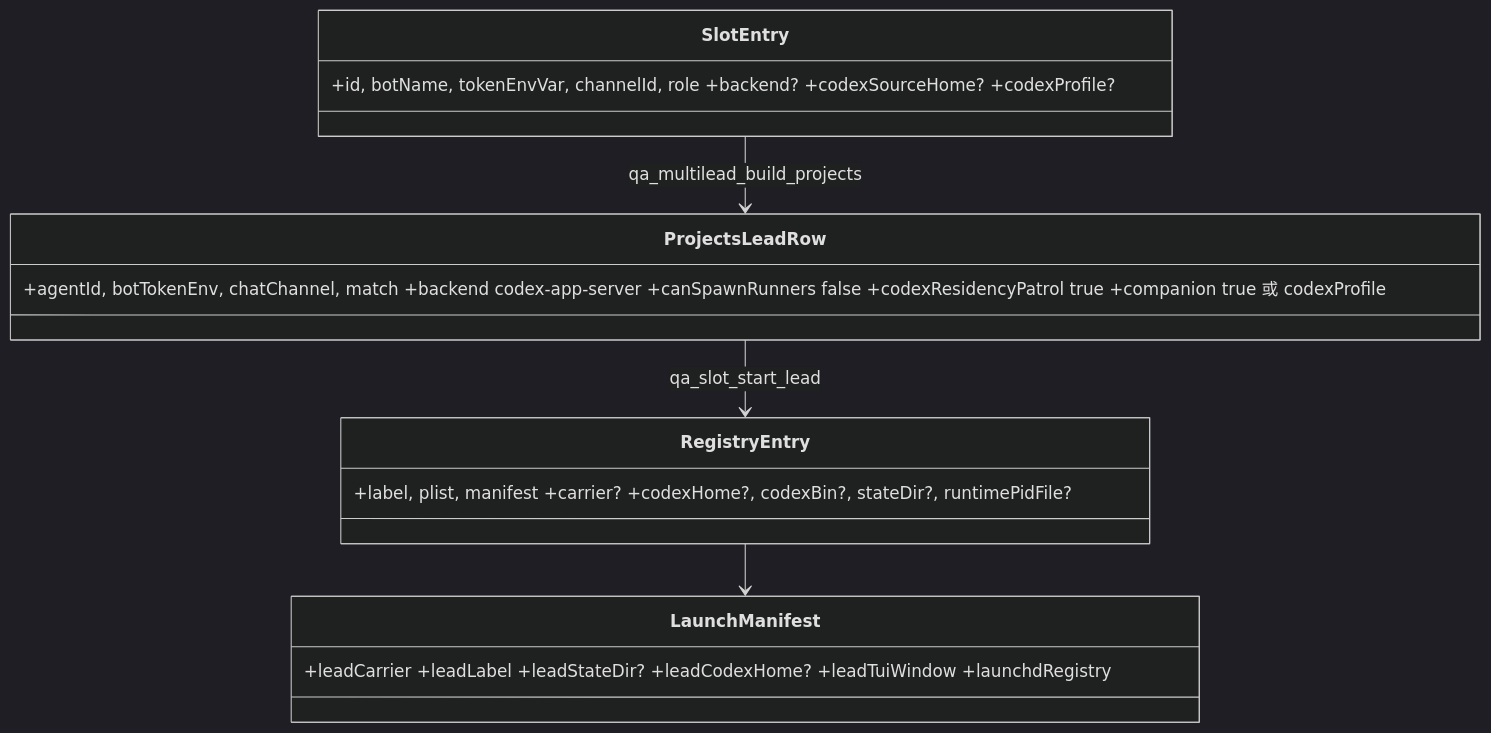
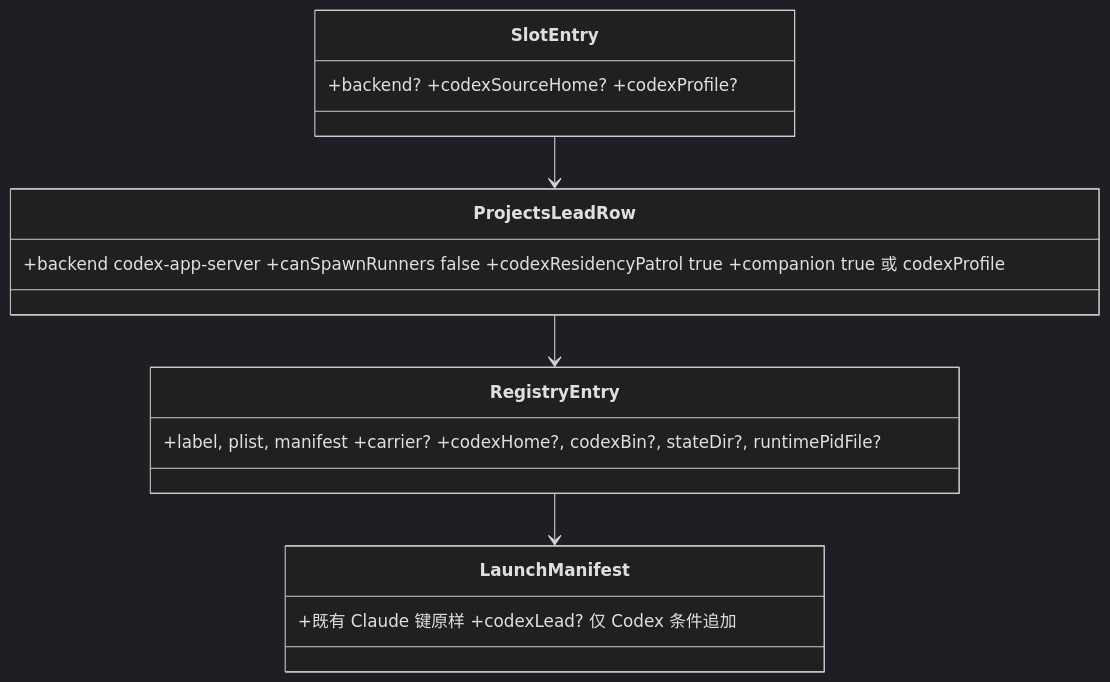
Before and after one commit to xrliAnnie/flywheel-qa-sandbox: the third of 3 diagrams in engineering/doc/FLY-2301-codex-lead-bench/plan.md, drawn with Mermaid (dark theme). The commit also changed other lines of this file, not shown here.

First line of the commit message:
docs: FLY-2301 plan rev3 — apply Codex R2 findings and Lead M9 wording

````diff
--- a/engineering/doc/FLY-2301-codex-lead-bench/plan.md
+++ b/engineering/doc/FLY-2301-codex-lead-bench/plan.md
@@ -70,10 +71,10 @@
 ```mermaid
 classDiagram
-  class SlotEntry { +id, botName, tokenEnvVar, channelId, role +backend? +codexSourceHome? +codexProfile? }
-  class ProjectsLeadRow { +agentId, botTokenEnv, chatChannel, match +backend codex-app-server +canSpawnRunners false +codexResidencyPatrol true +companion true 或 codexProfile }
+  class SlotEntry { +backend? +codexSourceHome? +codexProfile? }
+  class ProjectsLeadRow { +backend codex-app-server +canSpawnRunners false +codexResidencyPatrol true +companion true 或 codexProfile }
   class RegistryEntry { +label, plist, manifest +carrier? +codexHome?, codexBin?, stateDir?, runtimePidFile? }
-  class LaunchManifest { +leadCarrier +leadLabel +leadStateDir? +leadCodexHome? +leadTuiWindow +launchdRegistry }
-  SlotEntry --> ProjectsLeadRow : qa_multilead_build_projects
-  ProjectsLeadRow --> RegistryEntry : qa_slot_start_lead
+  class LaunchManifest { +既有 Claude 键原样 +codexLead? 仅 Codex 条件追加 }
+  SlotEntry --> ProjectsLeadRow
+  ProjectsLeadRow --> RegistryEntry
   RegistryEntry --> LaunchManifest
 ```
````
